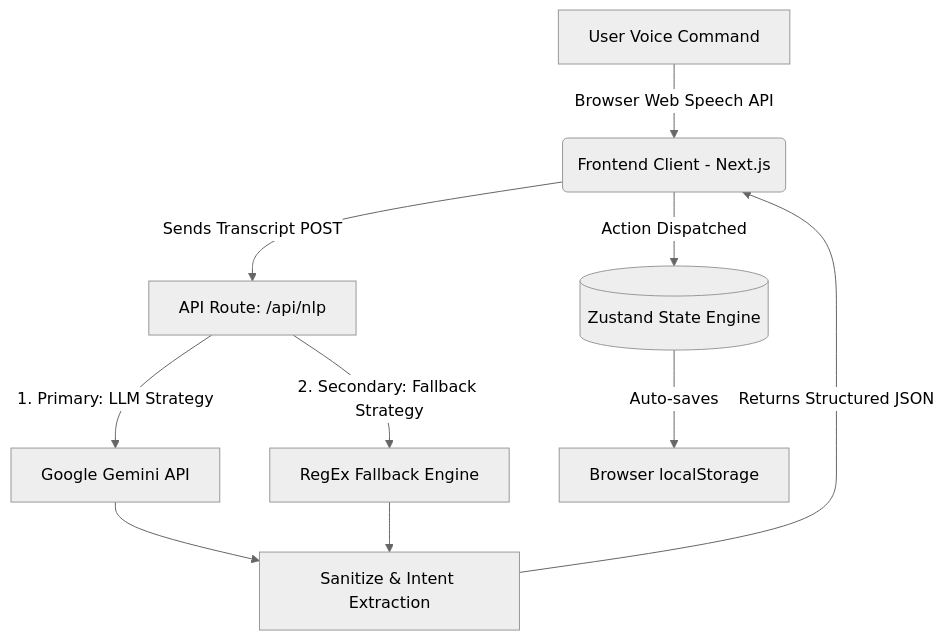
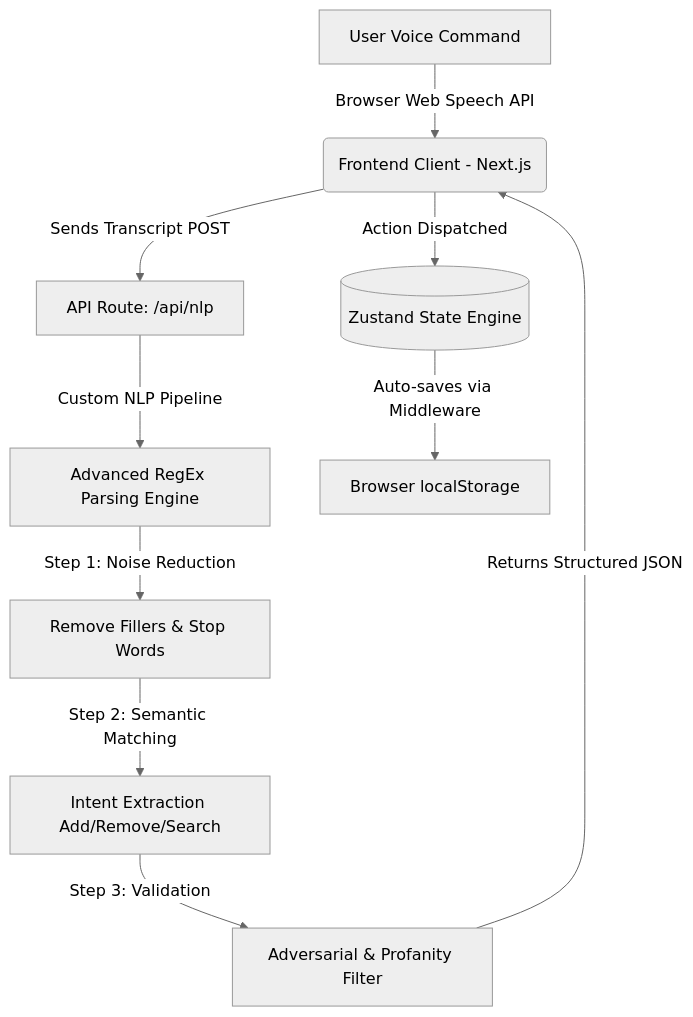
One commit to Varora-24/Shop-Assist changed the diagram in README.md. Above: the diagram before and after it, drawn with Mermaid (neutral theme). The commit also changed other lines of this file, not shown here.

Commit message:
docs: remove all Gemini/LLM references, highlight custom RegEx engine, and significantly expand architecture details

````diff
--- a/README.md
+++ b/README.md
@@ -18,15 +18,14 @@
 ```mermaid
 graph TD
     A[User Voice Command] -->|Browser Web Speech API| B(Frontend Client - Next.js)
     B -->|Sends Transcript POST| C[API Route: /api/nlp]
     
-    C -->|1. Primary: LLM Strategy| D[Google Gemini API]
-    C -->|2. Secondary: Fallback Strategy| E[RegEx Fallback Engine]
+    C -->|Custom NLP Pipeline| D[Advanced RegEx Parsing Engine]
+    D -->|Step 1: Noise Reduction| E[Remove Fillers & Stop Words]
+    E -->|Step 2: Semantic Matching| F[Intent Extraction Add/Remove/Search]
+    F -->|Step 3: Validation| G[Adversarial & Profanity Filter]
     
-    D --> F[Sanitize & Intent Extraction]
-    E --> F
-    
-    F -->|Returns Structured JSON| B
-    B -->|Action Dispatched| G[(Zustand State Engine)]
-    G -->|Auto-saves| H[Browser localStorage]
+    G -->|Returns Structured JSON| B
+    B -->|Action Dispatched| H[(Zustand State Engine)]
+    H -->|Auto-saves via Middleware| I[Browser localStorage]
 ```
````
